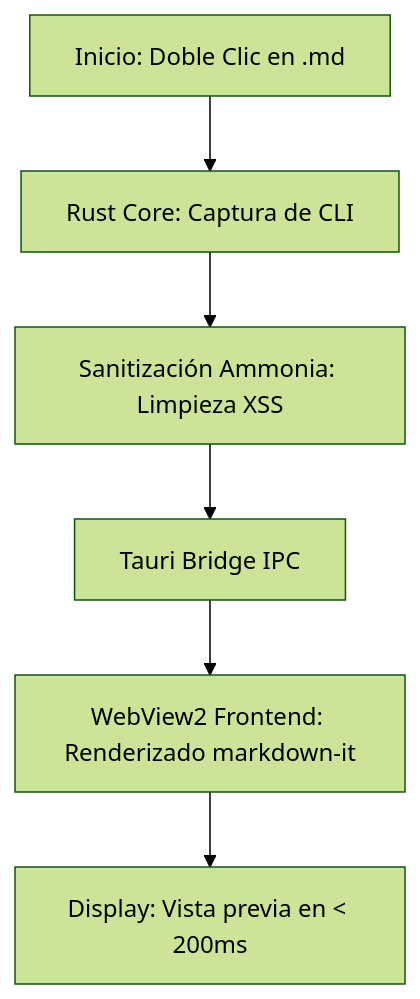
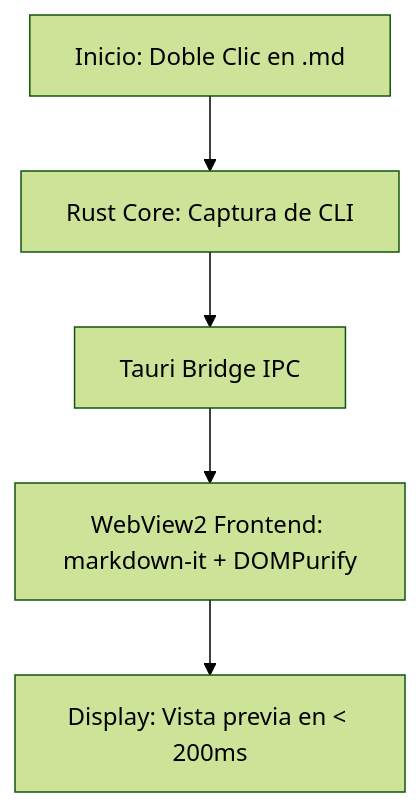
One commit to davidbuenov/dbv-md-reader changed the diagram in test-doc.md. Above: the diagram before and after it, drawn with Mermaid (forest theme). The commit also changed other lines of this file and 27 other files, not shown here.

````diff
--- a/test-doc.md
+++ b/test-doc.md
@@ -18,8 +18,7 @@
 ```mermaid
 graph TD
     A[Inicio: Doble Clic en .md] --> B[Rust Core: Captura de CLI]
-    B --> C[Sanitización Ammonia: Limpieza XSS]
-    C --> D[Tauri Bridge IPC]
-    D --> E[WebView2 Frontend: Renderizado markdown-it]
-    E --> F[Display: Vista previa en < 200ms]
+    B --> C[Tauri Bridge IPC]
+    C --> D[WebView2 Frontend: markdown-it + DOMPurify]
+    D --> E[Display: Vista previa en < 200ms]
 ```
````
